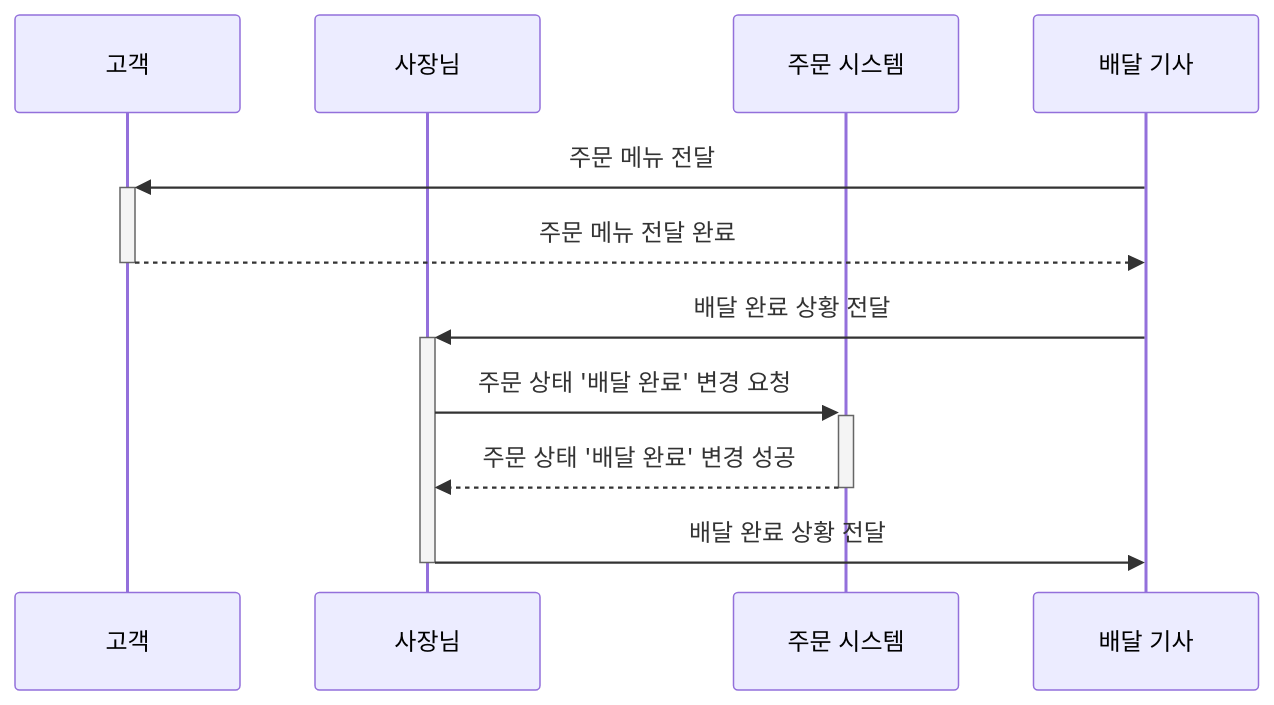
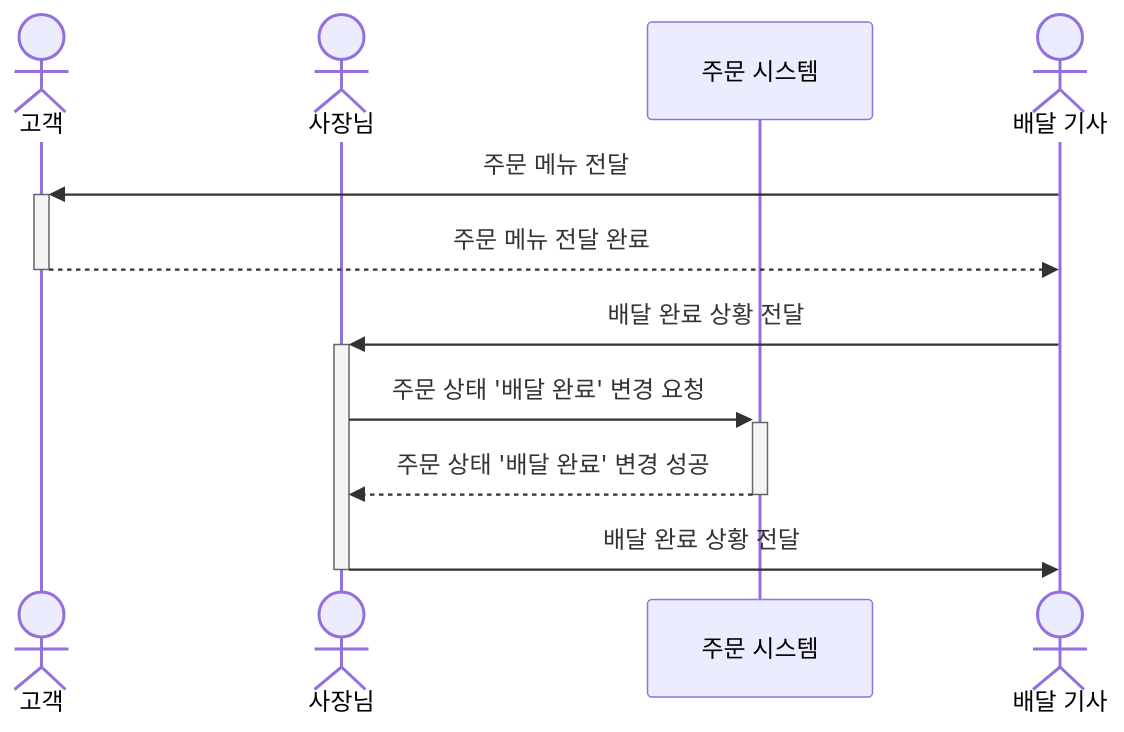
Before and after one commit to next-step/ddd-strategic-design: diagram 13 of 33 in README.md, drawn with Mermaid. The commit also changed other lines of this file, not shown here.

````diff
--- a/README.md
+++ b/README.md
@@ -552,14 +552,14 @@
 ```mermaid
 sequenceDiagram
-    participant Customer as 고객
-    participant RestaurantOwner as 사장님
+    actor Customer as 고객
+    actor RestaurantOwner as 사장님
     participant System as 주문 시스템
-    participant DeliveryRider as 배달 기사
+    actor DeliveryRider as 배달 기사
     
     DeliveryRider->>+Customer: 주문 메뉴 전달 
     Customer-->>-DeliveryRider: 주문 메뉴 전달 완료
     DeliveryRider->>+RestaurantOwner: 배달 완료 상황 전달
     RestaurantOwner->>+System: 주문 상태 '배달 완료' 변경 요청
     System-->>-RestaurantOwner: 주문 상태 '배달 완료' 변경 성공
     RestaurantOwner->>-DeliveryRider: 배달 완료 상황 전달 
 ```
````
